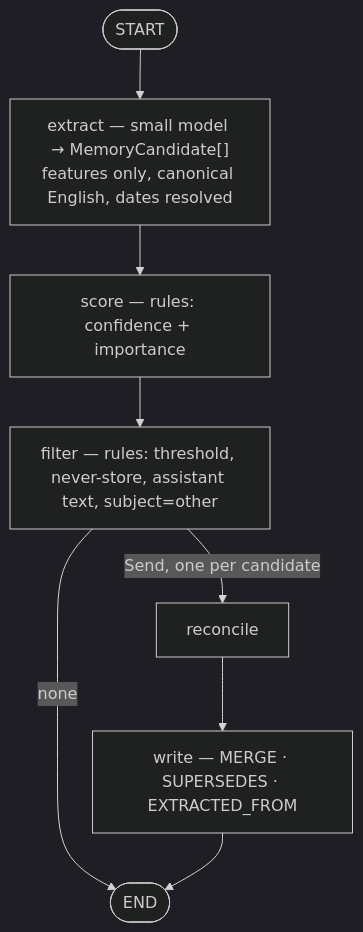
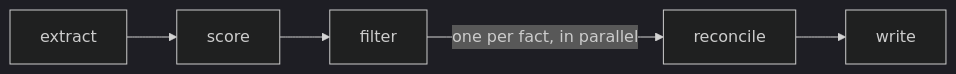
One commit to Ankit-Bharti2908/astro_app changed the third of 3 diagrams in docs/ARCHITECTURE.md. Above: the diagram before and after it, drawn with Mermaid (dark theme). The commit also changed other lines of this file and 43 other files, not shown here.

````diff
--- a/docs/ARCHITECTURE.md
+++ b/docs/ARCHITECTURE.md
@@ -133,8 +61,4 @@
 ```mermaid
-flowchart TD
-    START([START]) --> EX["extract — small model → MemoryCandidate[]<br/>features only, canonical English, dates resolved"]
-    EX --> SC["score — rules: confidence + importance"]
-    SC --> FI["filter — rules: threshold, never-store, assistant text, subject=other"]
-    FI -->|none| END([END])
-    FI -->|Send, one per candidate| RC[reconcile] --> WR["write — MERGE · SUPERSEDES · EXTRACTED_FROM"] --> END
+flowchart LR
+    EX[extract] --> SC[score] --> FI[filter] -->|one per fact, in parallel| RC[reconcile] --> WR[write]
 ```
````
